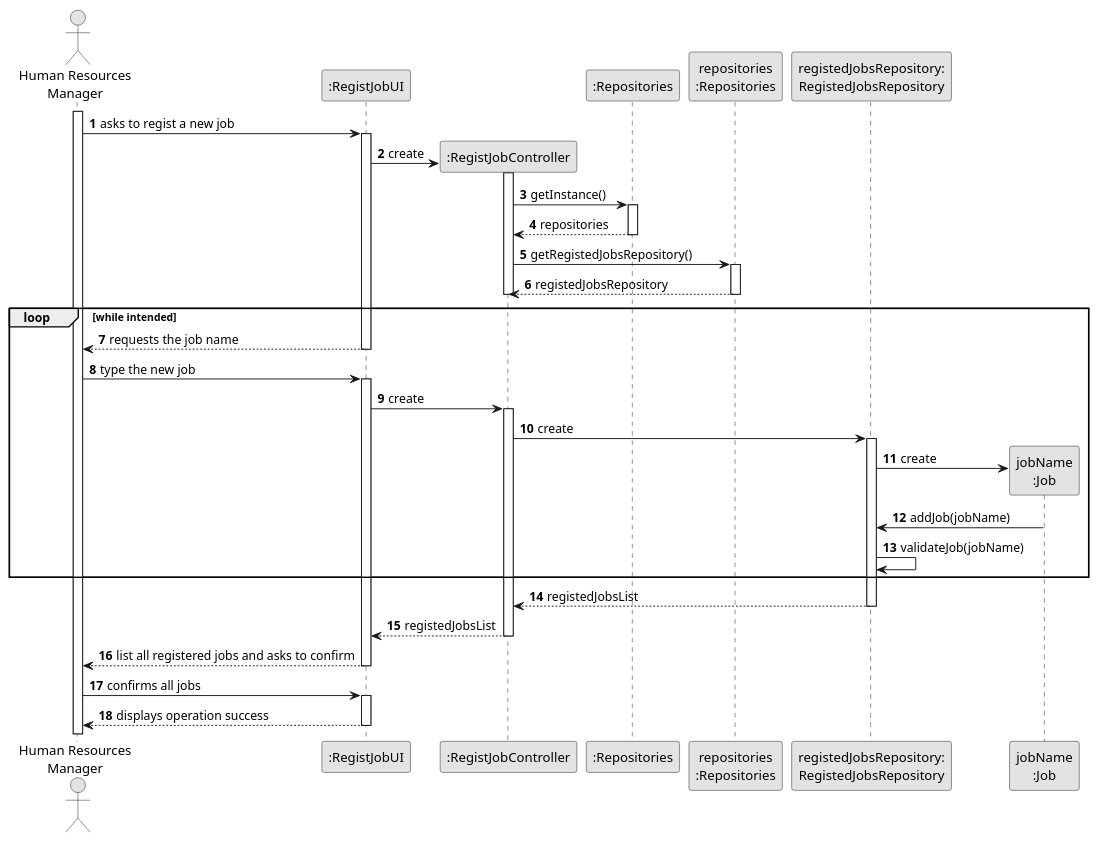
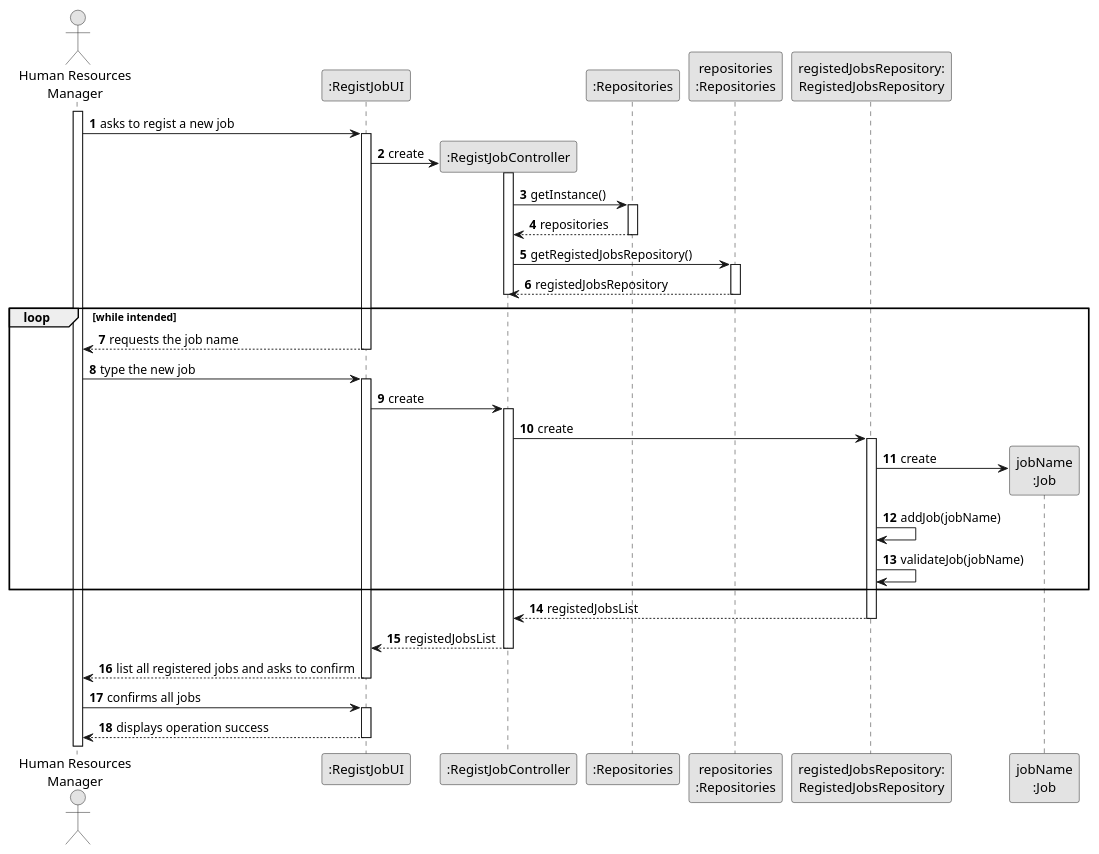
One commit to 1231360-ISEP/lei-24-s2-1db-g021 changed the diagram in docs/sprint2/us002/03.design/puml/us002-sequence-diagram-full.puml. Above: the diagram before and after it, drawn with PlantUML. The commit also changed 2 other files, not shown here.

Commit message:
US2 - modify some diagrams

```diff
--- a/docs/sprint2/us002/03.design/puml/us002-sequence-diagram-full.puml
+++ b/docs/sprint2/us002/03.design/puml/us002-sequence-diagram-full.puml
@@ -1,75 +1,73 @@
 @startuml
 skinparam monochrome true
 skinparam packageStyle rectangle
 skinparam shadowing false
 
 actor "Human Resources\nManager" as HRM
 participant ":RegistJobUI" as UI
 participant ":RegistJobController" as CTRL
 participant ":Repositories" as RepositorySingleton
 participant "repositories\n:Repositories" as PLAT
 participant "registedJobsRepository:\nRegistedJobsRepository" as RegistedJobsRepository
 participant "jobName\n:Job" as PROFISSAO
 
 autonumber 1
 
 activate HRM
+    HRM -> UI : asks to regist a new job
 
-    HRM -> UI : asks to regist a new job
     activate UI
-
         UI -> CTRL** : create
 
         activate CTRL
+            CTRL -> RepositorySingleton : getInstance()
 
-        CTRL -> RepositorySingleton : getInstance()
-        activate RepositorySingleton
+            activate RepositorySingleton
+                RepositorySingleton --> CTRL: repositories
+            deactivate RepositorySingleton
 
-            RepositorySingleton --> CTRL: repositories
-        deactivate RepositorySingleton
+            CTRL -> PLAT : getRegistedJobsRepository()
 
-        CTRL -> PLAT : getRegistedJobsRepository()
-        activate PLAT
-
-            PLAT --> CTRL: registedJobsRepository
-        deactivate PLAT
+            activate PLAT
+                PLAT --> CTRL: registedJobsRepository
+            deactivate PLAT
 
         deactivate CTRL
 
-    loop while intended
+        loop while intended
             UI --> HRM : requests the job name
-        deactivate UI
 
-        HRM -> UI : type the new job
-        activate UI
-            UI -> CTRL: create
+    deactivate UI
+
+    HRM -> UI : type the new job
+
+    activate UI
+        UI -> CTRL: create
+
         activate CTRL
-
             CTRL -> RegistedJobsRepository : create
 
             activate RegistedJobsRepository
+                RegistedJobsRepository -> PROFISSAO**: create
+                RegistedJobsRepository -> RegistedJobsRepository: addJob(jobName)
+                RegistedJobsRepository -> RegistedJobsRepository: validateJob(jobName)
 
-                RegistedJobsRepository -> PROFISSAO**: create
-                PROFISSAO -> RegistedJobsRepository: addJob(jobName)
-
-                    RegistedJobsRepository -> RegistedJobsRepository: validateJob(jobName)
-
-    end
+        end
                 RegistedJobsRepository --> CTRL : registedJobsList
             deactivate RegistedJobsRepository
 
             CTRL --> UI : registedJobsList
+
         deactivate CTRL
 
         UI --> HRM : list all registered jobs and asks to confirm
 
-            deactivate CTRL
-        deactivate UI
+    deactivate UI
 
     HRM -> UI : confirms all jobs
+
     activate UI
-
     UI --> HRM : displays operation success
     deactivate UI
 
 @enduml
```
